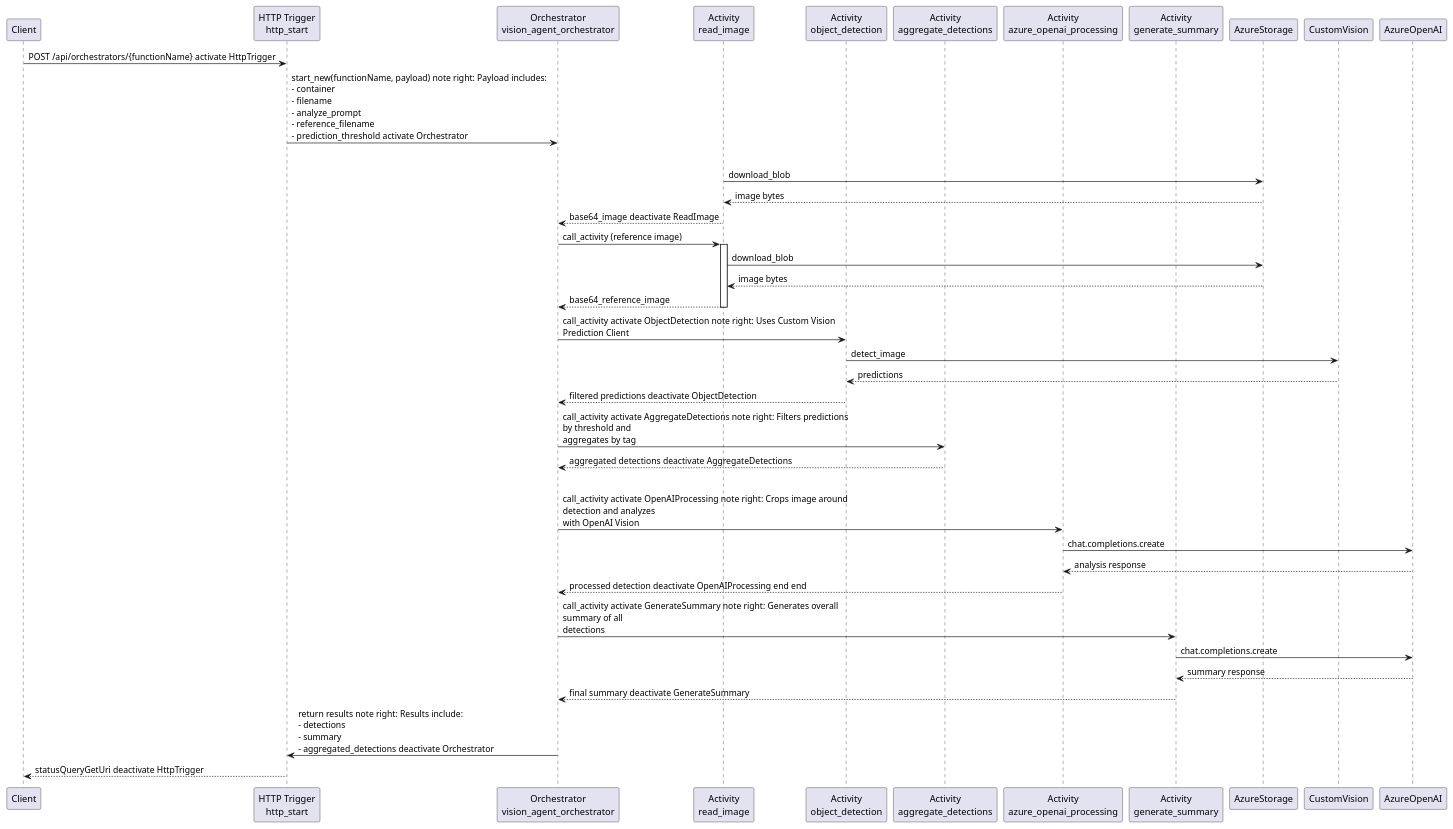
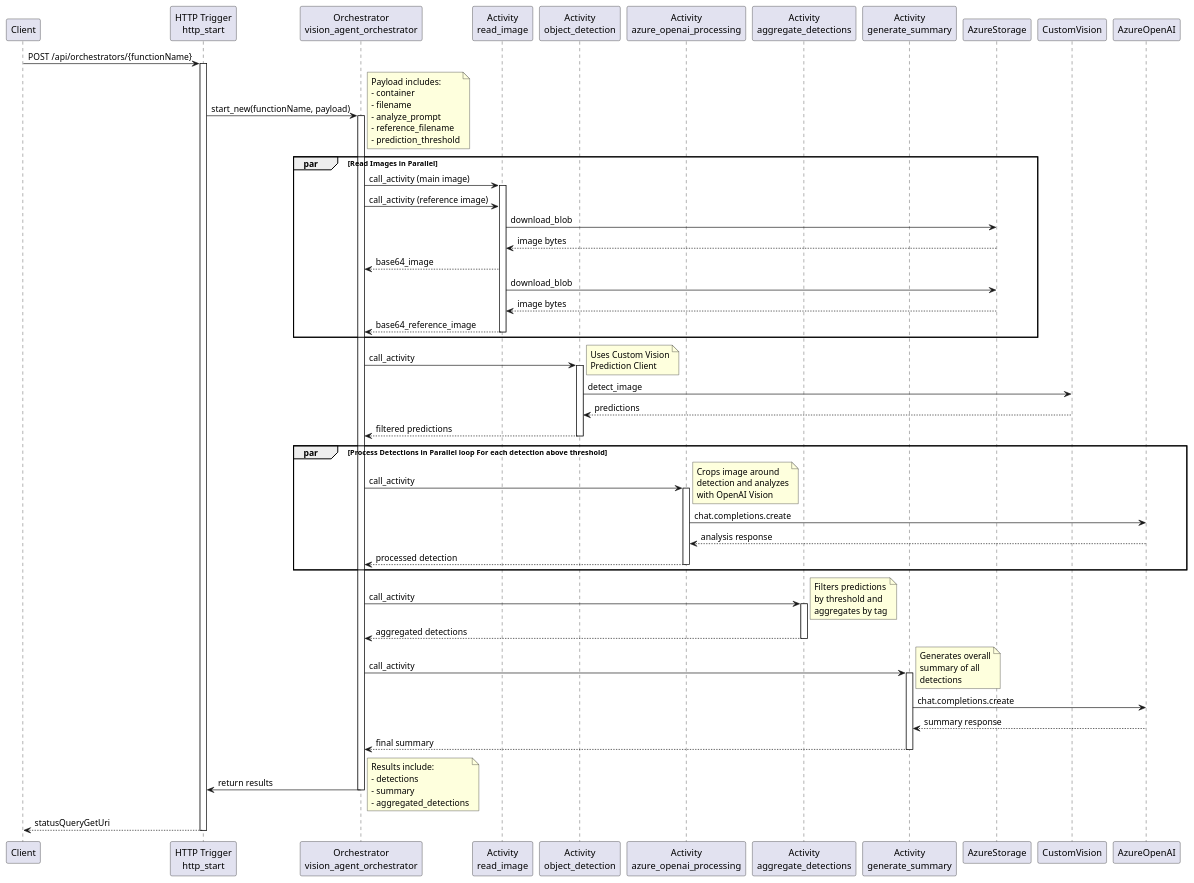
One commit to embergershared/azure-ai-vision-agent-floorplans changed the diagram in function_app-deq-diag.puml. Above: the diagram before and after it, drawn with PlantUML. The commit also changed 1 other file, not shown here.

Commit message:
Added Durable Function UML sequence diagram

```diff
--- a/function_app-deq-diag.puml
+++ b/function_app-deq-diag.puml
@@ -1,54 +1,75 @@
 @startuml
 
-participant Client 
+participant Client
 participant "HTTP Trigger\nhttp_start" as HttpTrigger
 participant "Orchestrator\nvision_agent_orchestrator" as Orchestrator
 participant "Activity\nread_image" as ReadImage
 participant "Activity\nobject_detection" as ObjectDetection
+participant "Activity\nazure_openai_processing" as OpenAIProcessing
 participant "Activity\naggregate_detections" as AggregateDetections
-participant "Activity\nazure_openai_processing" as OpenAIProcessing
 participant "Activity\ngenerate_summary" as GenerateSummary
 participant AzureStorage
 participant CustomVision
 participant AzureOpenAI
 
-Client -> HttpTrigger: POST /api/orchestrators/{functionName} activate HttpTrigger
+Client -> HttpTrigger: POST /api/orchestrators/{functionName}
+activate HttpTrigger
 
-HttpTrigger -> Orchestrator: start_new(functionName, payload) note right: Payload includes:\n- container\n- filename\n- analyze_prompt\n- reference_filename\n- prediction_threshold activate Orchestrator
+HttpTrigger -> Orchestrator: start_new(functionName, payload)
+note right: Payload includes:\n- container\n- filename\n- analyze_prompt\n- reference_filename\n- prediction_threshold
+activate Orchestrator
 
-par Read Images in Parallel Orchestrator -> ReadImage: call_activity (main image) activate ReadImage
+par Read Images in Parallel
+Orchestrator -> ReadImage: call_activity (main image)
+activate ReadImage
+Orchestrator -> ReadImage: call_activity (reference image)
 ReadImage -> AzureStorage: download_blob
 ReadImage <-- AzureStorage: image bytes
-ReadImage --> Orchestrator: base64_image deactivate ReadImage
+ReadImage --> Orchestrator: base64_image 
 
-Orchestrator -> ReadImage: call_activity (reference image)
-activate ReadImage
 ReadImage -> AzureStorage: download_blob
 ReadImage <-- AzureStorage: image bytes
 ReadImage --> Orchestrator: base64_reference_image
 deactivate ReadImage
+end
 
-Orchestrator -> ObjectDetection: call_activity activate ObjectDetection note right: Uses Custom Vision\nPrediction Client
+Orchestrator -> ObjectDetection: call_activity
+activate ObjectDetection
+note right: Uses Custom Vision\nPrediction Client
 ObjectDetection -> CustomVision: detect_image
 ObjectDetection <-- CustomVision: predictions
-Orchestrator <-- ObjectDetection: filtered predictions deactivate ObjectDetection
-
-Orchestrator -> AggregateDetections: call_activity activate AggregateDetections note right: Filters predictions\nby threshold and\naggregates by tag
-Orchestrator <-- AggregateDetections: aggregated detections deactivate AggregateDetections
+Orchestrator <-- ObjectDetection: filtered predictions
+deactivate ObjectDetection
 
 par Process Detections in Parallel loop For each detection above threshold
-Orchestrator -> OpenAIProcessing: call_activity activate OpenAIProcessing note right: Crops image around\ndetection and analyzes\nwith OpenAI Vision
+Orchestrator -> OpenAIProcessing: call_activity
+activate OpenAIProcessing
+note right: Crops image around\ndetection and analyzes\nwith OpenAI Vision
 OpenAIProcessing -> AzureOpenAI: chat.completions.create
 OpenAIProcessing <-- AzureOpenAI: analysis response
-Orchestrator <-- OpenAIProcessing: processed detection deactivate OpenAIProcessing end end
+Orchestrator <-- OpenAIProcessing: processed detection
+deactivate OpenAIProcessing
+end
 
-Orchestrator -> GenerateSummary: call_activity activate GenerateSummary note right: Generates overall\nsummary of all\ndetections
+Orchestrator -> AggregateDetections: call_activity
+activate AggregateDetections
+note right: Filters predictions\nby threshold and\naggregates by tag
+Orchestrator <-- AggregateDetections: aggregated detections
+deactivate AggregateDetections
+
+Orchestrator -> GenerateSummary: call_activity
+activate GenerateSummary
+note right: Generates overall\nsummary of all\ndetections
 GenerateSummary -> AzureOpenAI: chat.completions.create
 GenerateSummary <-- AzureOpenAI: summary response
-Orchestrator <-- GenerateSummary: final summary deactivate GenerateSummary
+Orchestrator <-- GenerateSummary: final summary
+deactivate GenerateSummary
 
-Orchestrator -> HttpTrigger: return results note right: Results include:\n- detections\n- summary\n- aggregated_detections deactivate Orchestrator
+Orchestrator -> HttpTrigger: return results
+note right: Results include:\n- detections\n- summary\n- aggregated_detections
+deactivate Orchestrator
 
-Client <-- HttpTrigger: statusQueryGetUri deactivate HttpTrigger
+Client <-- HttpTrigger: statusQueryGetUri
+deactivate HttpTrigger
 
 @enduml
```
